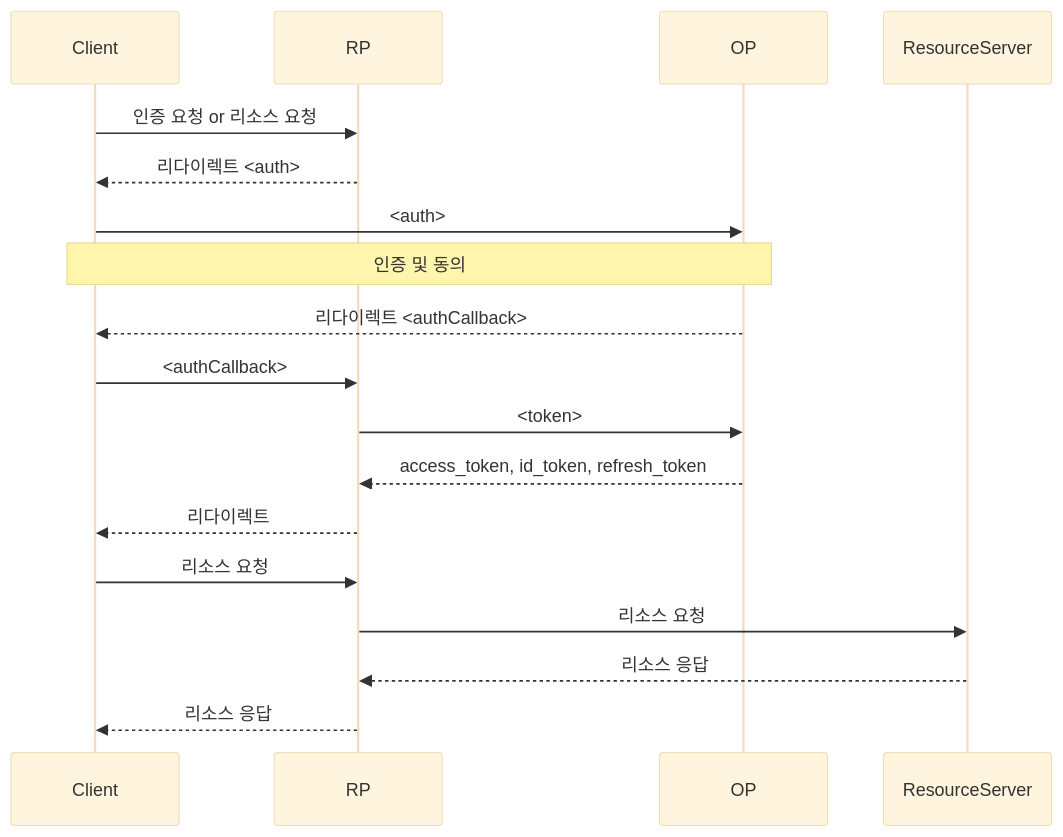
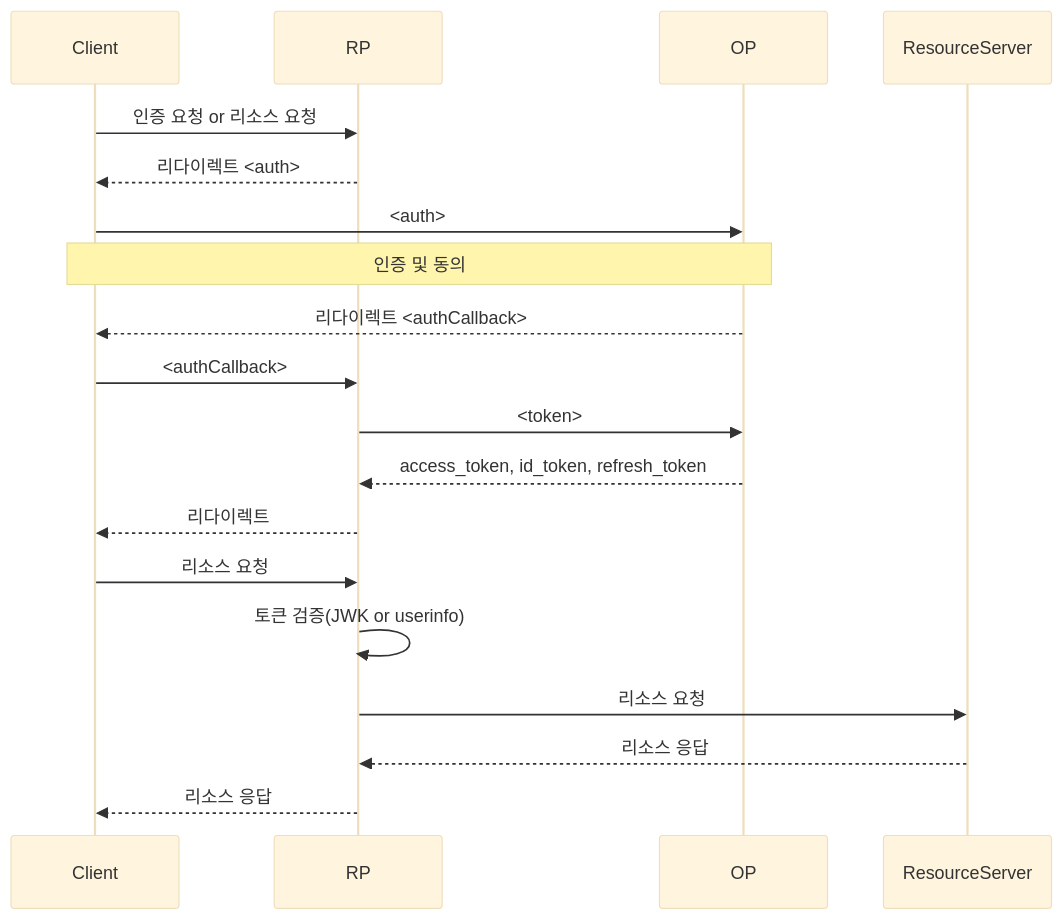
The diagram in docs/mlops/mlops/auth/oidc.mdx (hhk7734/wiki), drawn with Mermaid (base theme) before and after one commit. The commit also changed other lines of this file and 5 other files, not shown here.

````diff
--- a/docs/mlops/mlops/auth/oidc.mdx
+++ b/docs/mlops/mlops/auth/oidc.mdx
@@ -86,24 +90,25 @@
 ```mermaid
 sequenceDiagram
     participant Client
     participant RP
     participant OP
     participant ResourceServer
 
     Client->>RP: 인증 요청 or 리소스 요청
     RP-->>Client: 리다이렉트 <auth>
 
     Client->>OP: <auth>
     note over Client,OP: 인증 및 동의
     OP-->>Client: 리다이렉트 <authCallback>
 
     Client->>RP: <authCallback>
     RP->>OP: <token>
     OP-->>RP: access_token, id_token, refresh_token
     RP-->>Client: 리다이렉트
 
     Client->>RP: 리소스 요청
+    RP->>RP: 토큰 검증(JWK or userinfo)
     RP->>ResourceServer: 리소스 요청
     ResourceServer-->>RP: 리소스 응답
     RP-->>Client: 리소스 응답
 ```
````
